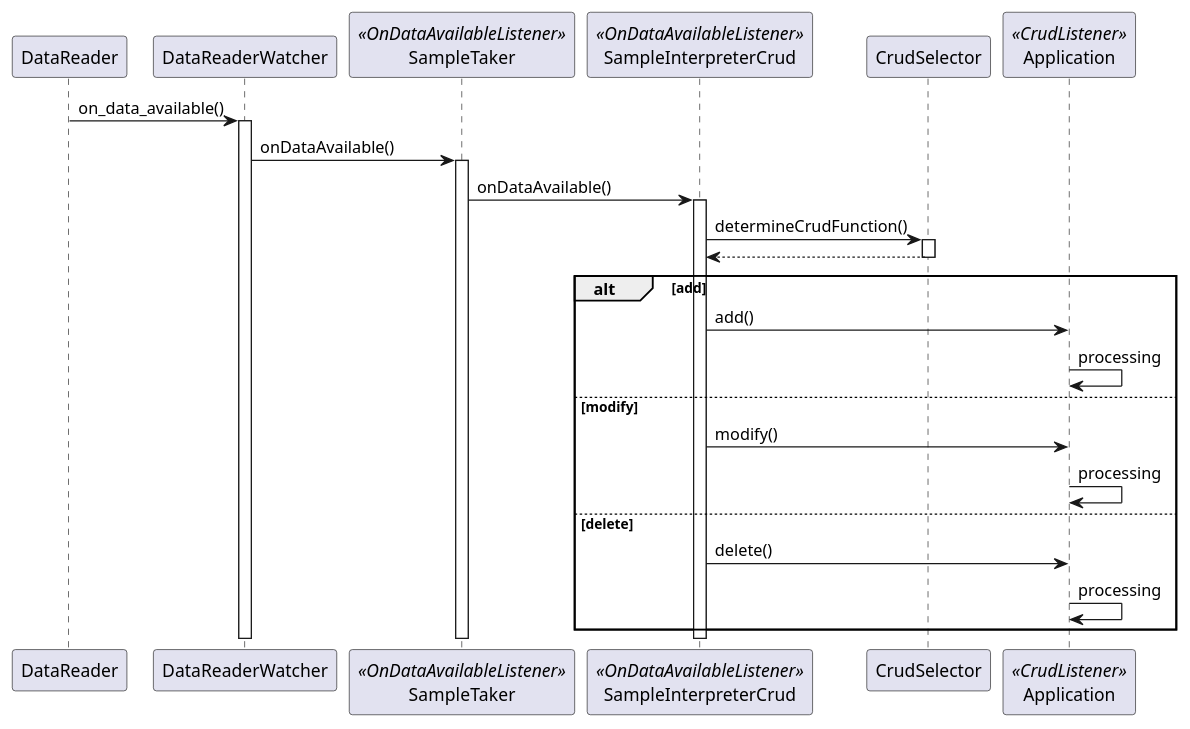
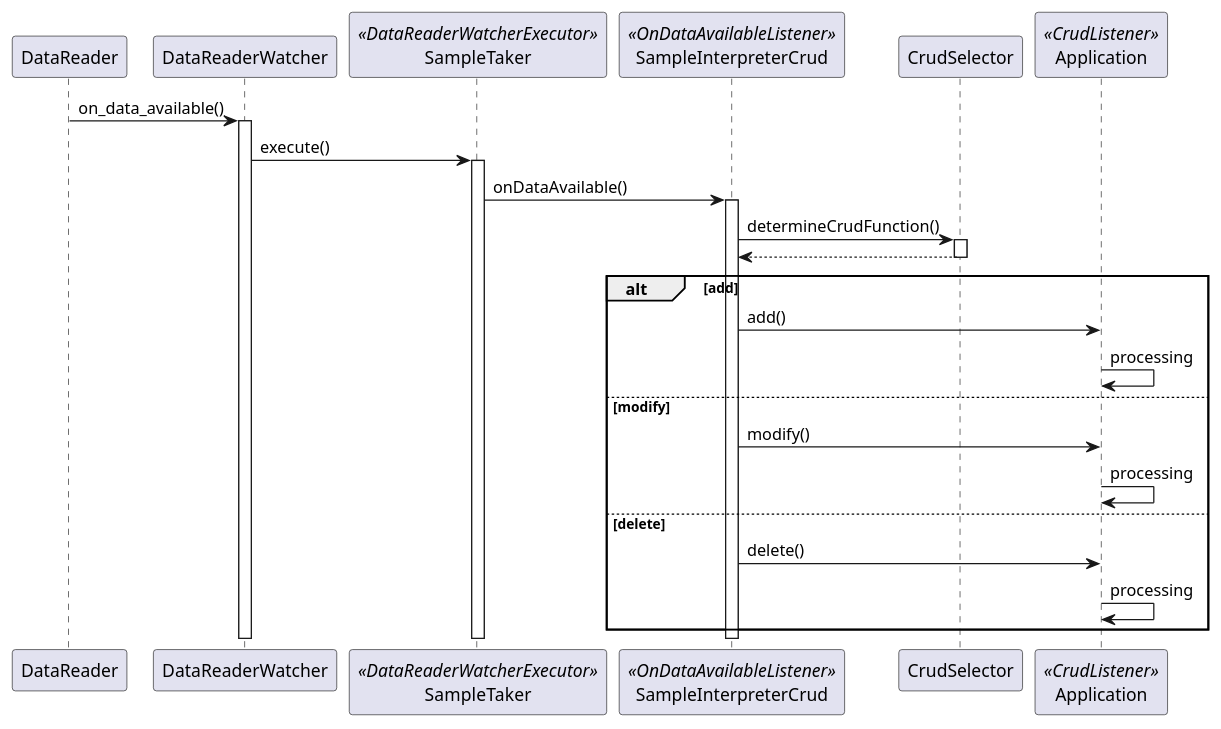
Before and after one commit to aguther/dds-examples: the diagram in documentation/SupportClassesDataReading.puml, drawn with PlantUML.

```diff
--- a/documentation/SupportClassesDataReading.puml
+++ b/documentation/SupportClassesDataReading.puml
@@ -1,39 +1,39 @@
 @startuml
 
 participant DataReader
 participant DataReaderWatcher
-participant SampleTaker <<OnDataAvailableListener>>
+participant SampleTaker <<DataReaderWatcherExecutor>>
 participant SampleInterpreterCrud <<OnDataAvailableListener>>
 participant CrudSelector
 participant Application <<CrudListener>>
 
 DataReader -> DataReaderWatcher : on_data_available()
 activate DataReaderWatcher
 
-DataReaderWatcher -> SampleTaker : onDataAvailable()
+DataReaderWatcher -> SampleTaker : execute()
 activate SampleTaker
 
 SampleTaker -> SampleInterpreterCrud : onDataAvailable()
 activate SampleInterpreterCrud
 
 SampleInterpreterCrud -> CrudSelector : determineCrudFunction()
 activate CrudSelector
 return
 deactivate CrudSelector
 
 alt add
 	SampleInterpreterCrud -> Application : add()
     Application -> Application : processing
 else modify
 	SampleInterpreterCrud -> Application : modify()
     Application -> Application : processing
 else delete
 	SampleInterpreterCrud -> Application : delete()
     Application -> Application : processing
 end
 
 deactivate SampleInterpreterCrud
 deactivate SampleTaker
 deactivate DataReaderWatcher
 
 @enduml
```
